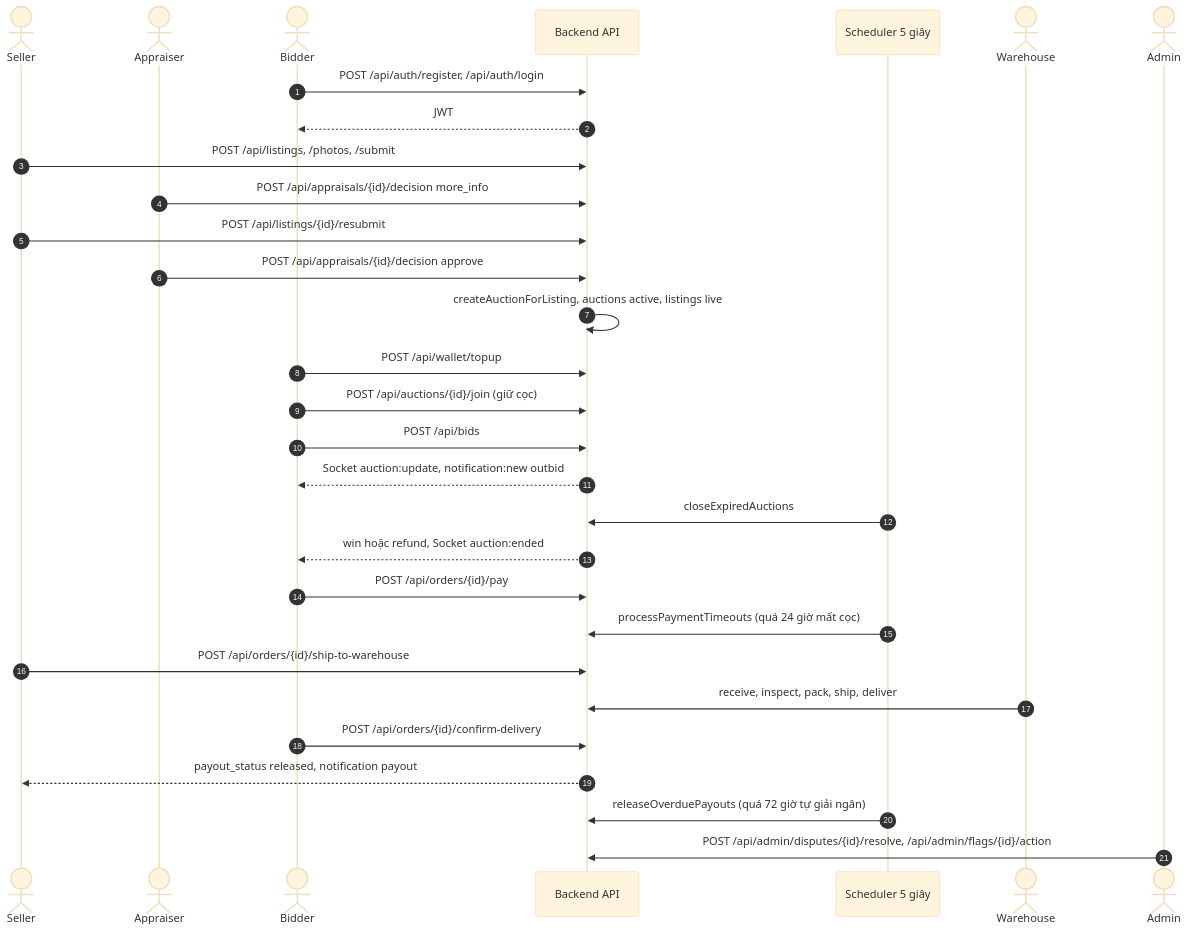
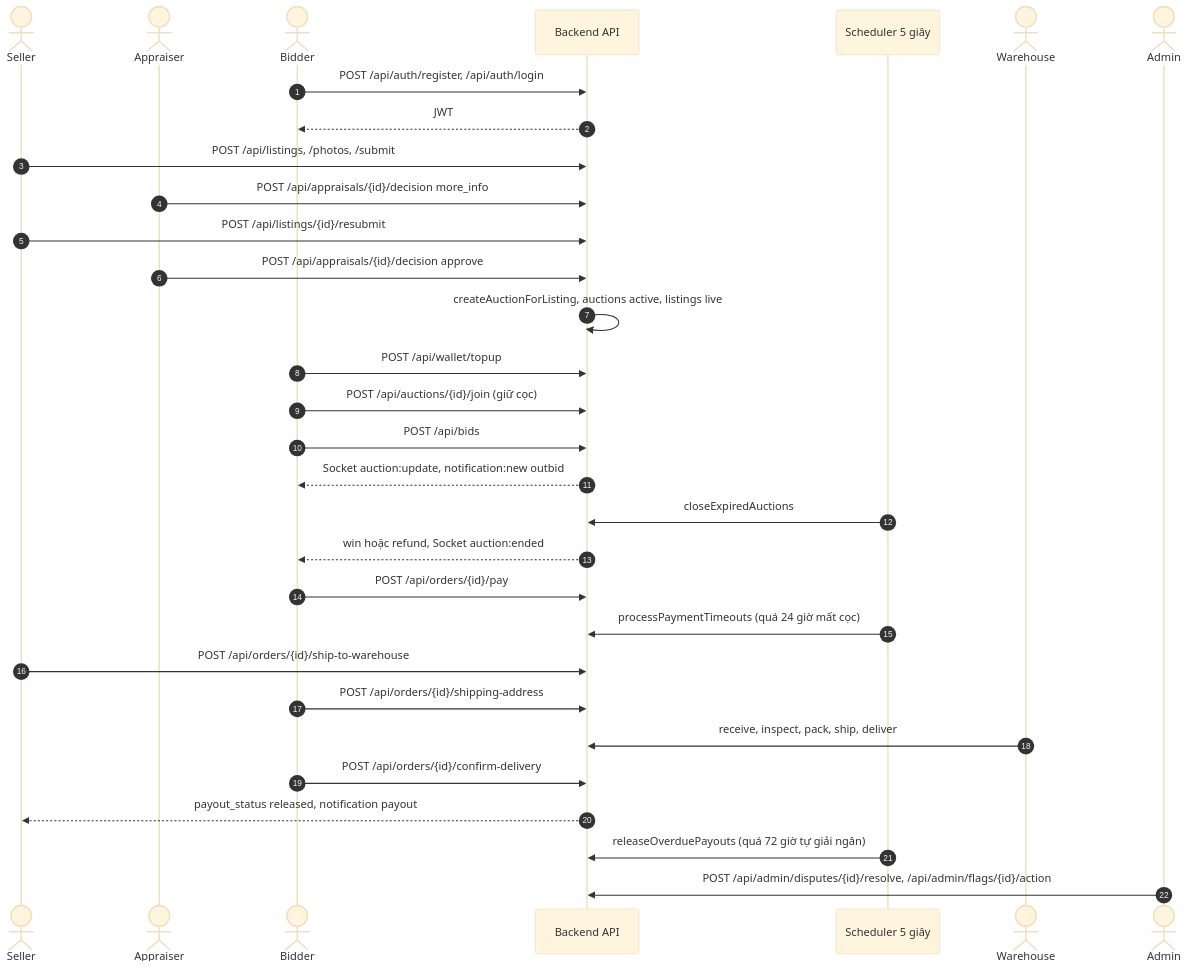
Before and after one commit to HoaiAn1510/bidvibe_be: the first of 5 diagrams in docs/mainflow.md, drawn with Mermaid (base theme). The commit also changed other lines of this file and 4 other files, not shown here.

First line of the commit message:
Tài liệu địa chỉ giao hàng: api.md, mainflow, architecture, README, kết quả test

````diff
--- a/docs/mainflow.md
+++ b/docs/mainflow.md
@@ -176,33 +190,34 @@
 ```mermaid
 sequenceDiagram
     autonumber
     actor S as Seller
     actor A as Appraiser
     actor B as Bidder
     participant API as Backend API
     participant J as Scheduler 5 giây
     actor W as Warehouse
     actor AD as Admin
 
     B->>API: POST /api/auth/register, /api/auth/login
     API-->>B: JWT
     S->>API: POST /api/listings, /photos, /submit
     A->>API: POST /api/appraisals/{id}/decision more_info
     S->>API: POST /api/listings/{id}/resubmit
     A->>API: POST /api/appraisals/{id}/decision approve
     API->>API: createAuctionForListing, auctions active, listings live
     B->>API: POST /api/wallet/topup
     B->>API: POST /api/auctions/{id}/join (giữ cọc)
     B->>API: POST /api/bids
     API-->>B: Socket auction:update, notification:new outbid
     J->>API: closeExpiredAuctions
     API-->>B: win hoặc refund, Socket auction:ended
     B->>API: POST /api/orders/{id}/pay
     J->>API: processPaymentTimeouts (quá 24 giờ mất cọc)
     S->>API: POST /api/orders/{id}/ship-to-warehouse
+    B->>API: POST /api/orders/{id}/shipping-address
     W->>API: receive, inspect, pack, ship, deliver
     B->>API: POST /api/orders/{id}/confirm-delivery
     API-->>S: payout_status released, notification payout
     J->>API: releaseOverduePayouts (quá 72 giờ tự giải ngân)
     AD->>API: POST /api/admin/disputes/{id}/resolve, /api/admin/flags/{id}/action
 ```
````
